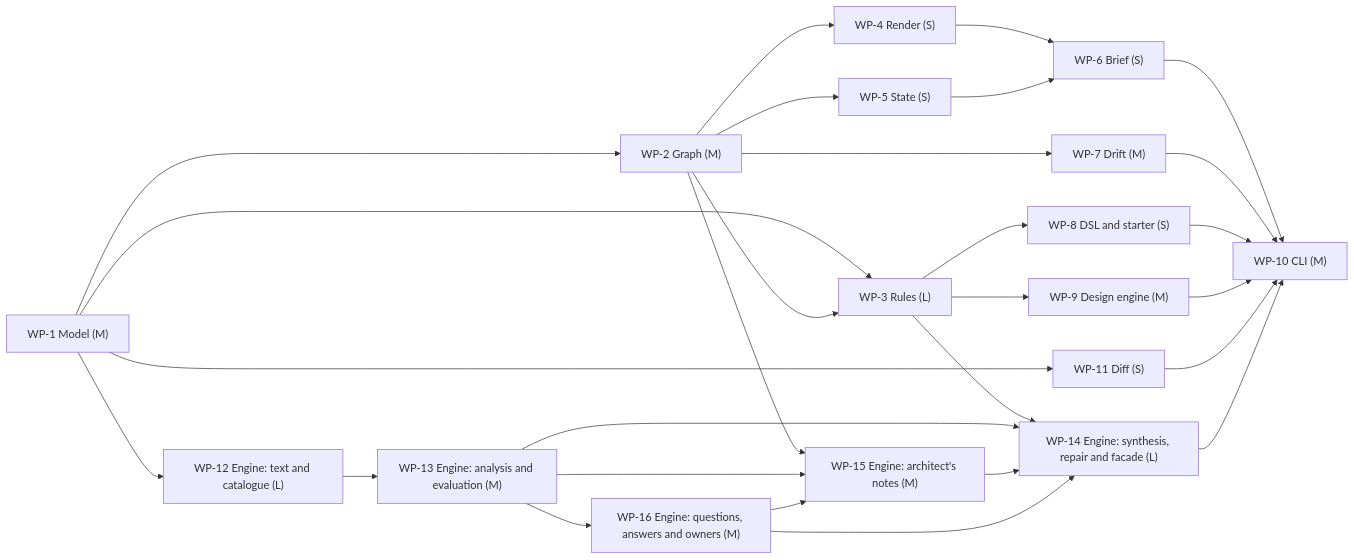
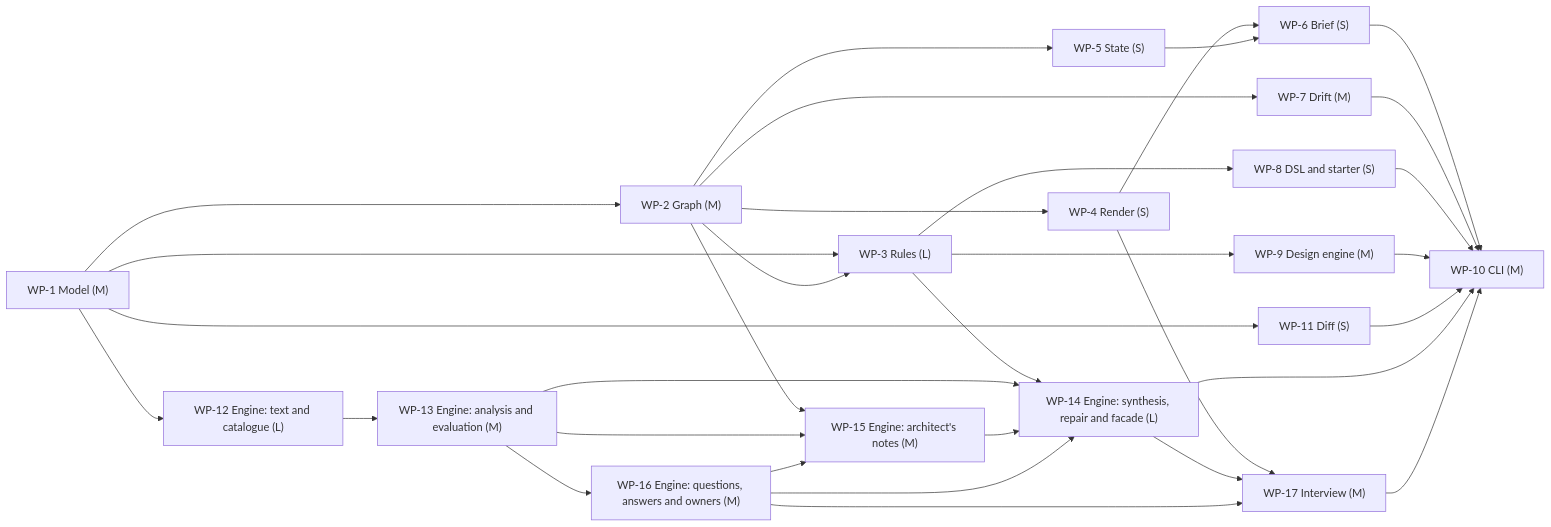
The eighth of 8 diagrams in examples/self/DESIGN.md (yui9696/sekkei), drawn with Mermaid before and after one commit. The commit also changed other lines of this file and 10 other files, not shown here.

````diff
--- a/examples/self/DESIGN.md
+++ b/examples/self/DESIGN.md
@@ -935,46 +966,51 @@
 ```mermaid
 graph LR
   WP_1["WP-1 Model (M)"]
   WP_2["WP-2 Graph (M)"]
   WP_3["WP-3 Rules (L)"]
   WP_4["WP-4 Render (S)"]
   WP_5["WP-5 State (S)"]
   WP_6["WP-6 Brief (S)"]
   WP_7["WP-7 Drift (M)"]
   WP_8["WP-8 DSL and starter (S)"]
   WP_9["WP-9 Design engine (M)"]
   WP_12["WP-12 Engine: text and catalogue (L)"]
   WP_13["WP-13 Engine: analysis and evaluation (M)"]
   WP_16["WP-16 Engine: questions, answers and owners (M)"]
+  WP_17["WP-17 Interview (M)"]
   WP_15["WP-15 Engine: architect's notes (M)"]
   WP_14["WP-14 Engine: synthesis, repair and facade (L)"]
   WP_11["WP-11 Diff (S)"]
   WP_10["WP-10 CLI (M)"]
   WP_1 --> WP_2
   WP_1 --> WP_3
   WP_2 --> WP_3
   WP_2 --> WP_4
   WP_2 --> WP_5
   WP_4 --> WP_6
   WP_5 --> WP_6
   WP_2 --> WP_7
   WP_3 --> WP_8
   WP_3 --> WP_9
   WP_1 --> WP_12
   WP_12 --> WP_13
   WP_13 --> WP_16
+  WP_4 --> WP_17
+  WP_14 --> WP_17
+  WP_16 --> WP_17
   WP_2 --> WP_15
   WP_13 --> WP_15
   WP_16 --> WP_15
   WP_3 --> WP_14
   WP_13 --> WP_14
   WP_15 --> WP_14
   WP_16 --> WP_14
   WP_1 --> WP_11
   WP_6 --> WP_10
   WP_7 --> WP_10
   WP_8 --> WP_10
   WP_9 --> WP_10
   WP_11 --> WP_10
   WP_14 --> WP_10
+  WP_17 --> WP_10
 ```
````
